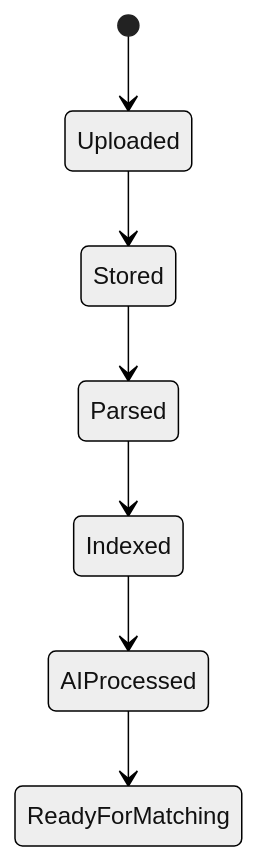
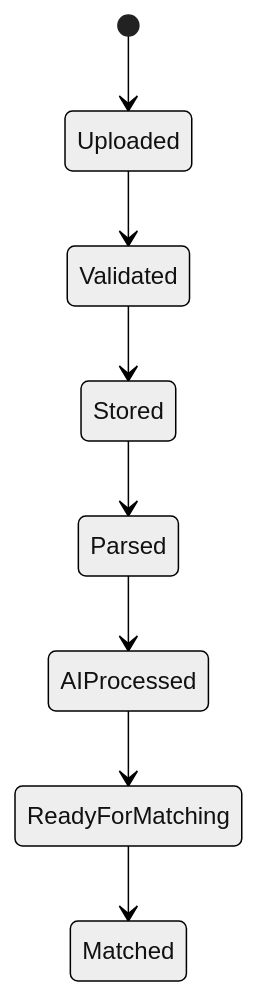
One commit to kmrgautam18-alt/career-ops-v2 changed the second of 3 diagrams in docs/diagrams/10-resume-engine.md. Above: the diagram before and after it, drawn with Mermaid (neutral theme). The commit also changed other lines of this file and 6 other files, not shown here.

First line of the commit message:
docs: update diagrams to reflect current project state

````diff
--- a/docs/diagrams/10-resume-engine.md
+++ b/docs/diagrams/10-resume-engine.md
@@ -62,15 +51,11 @@
 ```mermaid
 stateDiagram-v2
 
-[*] --> Uploaded
-
-Uploaded --> Stored
-
-Stored --> Parsed
-
-Parsed --> Indexed
-
-Indexed --> AIProcessed
-
-AIProcessed --> ReadyForMatching
+    [*] --> Uploaded
+    Uploaded --> Validated
+    Validated --> Stored
+    Stored --> Parsed
+    Parsed --> AIProcessed
+    AIProcessed --> ReadyForMatching
+    ReadyForMatching --> Matched
 ```
````
